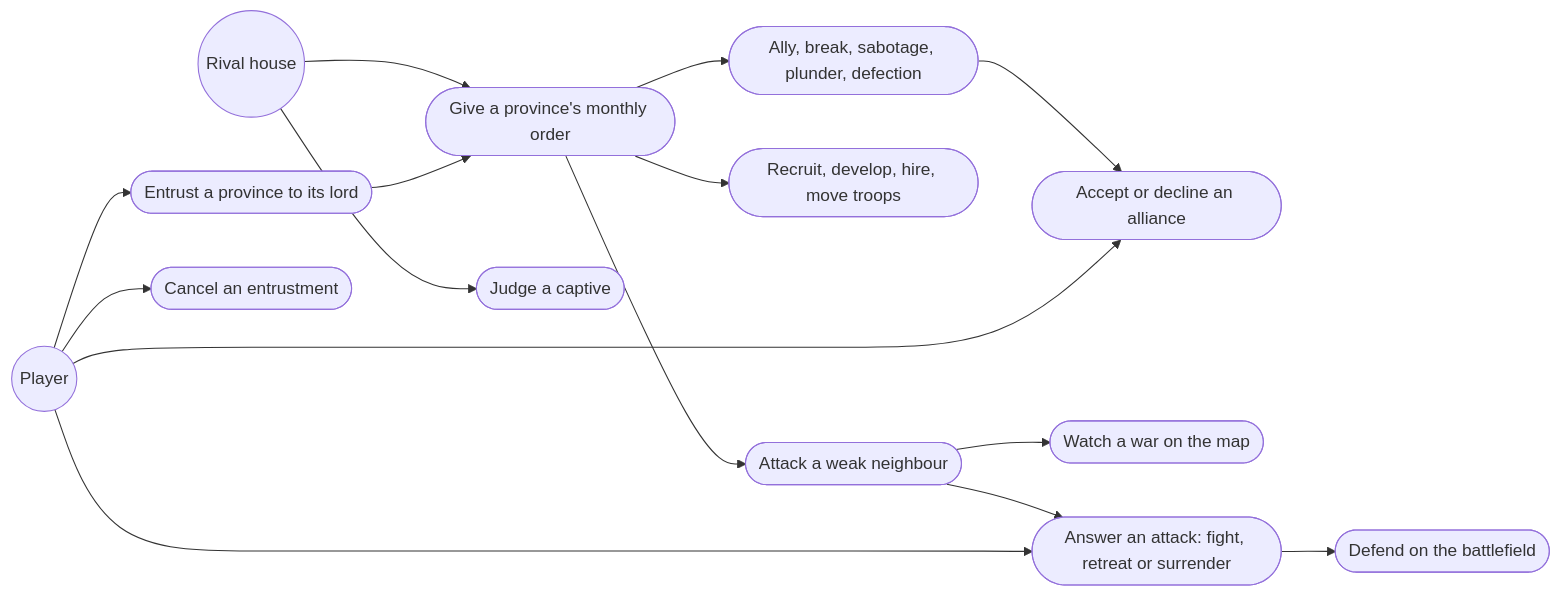
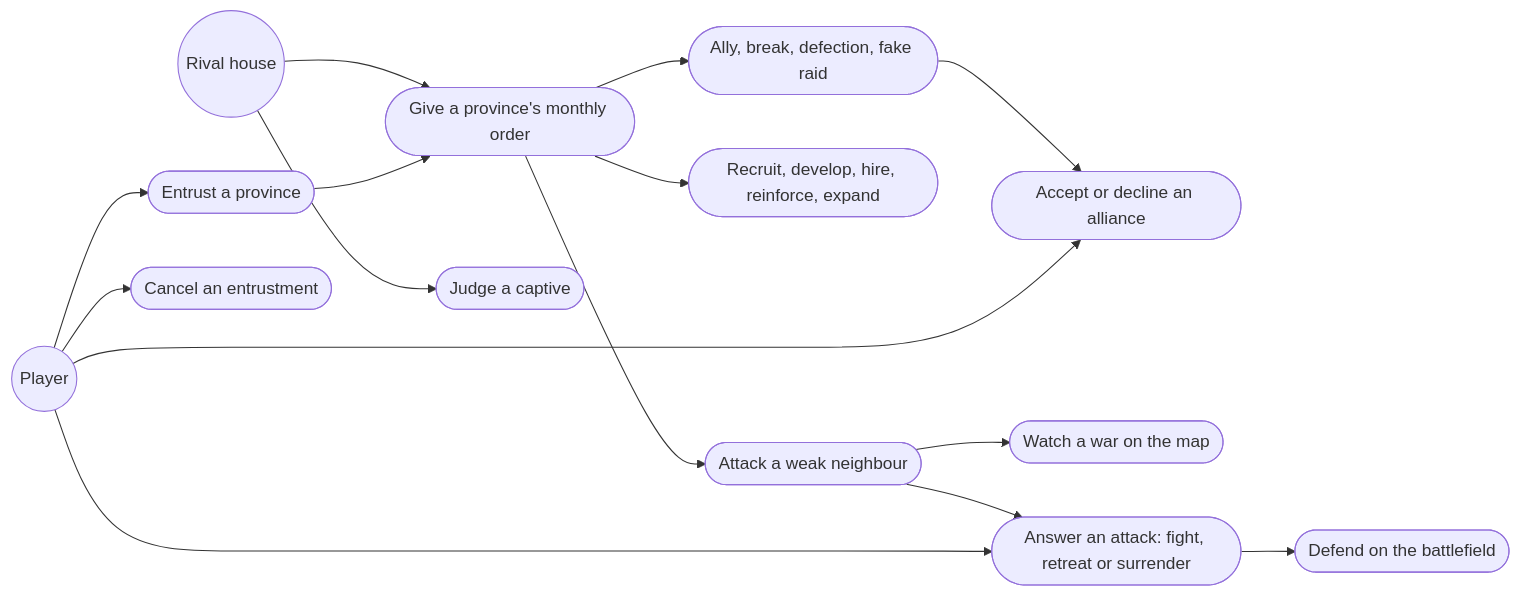
Before and after one commit to pslotinsky/kunstkamera: the first of 4 diagrams in gemstorm/docs/design/12-strategic-ai.md, drawn with Mermaid. The commit also changed other lines of this file and 19 other files, not shown here.

````diff
--- a/gemstorm/docs/design/12-strategic-ai.md
+++ b/gemstorm/docs/design/12-strategic-ai.md
@@ -42,17 +45,17 @@
 ```mermaid
 flowchart LR
   rival((Rival house)) --> order(["Give a province's monthly order"])
   order --> attack(["Attack a weak neighbour"])
-  order --> build(["Recruit, develop, hire, move troops"])
-  order --> diplomacy(["Ally, break, sabotage, plunder, defection"])
+  order --> build(["Recruit, develop, hire, reinforce, expand"])
+  order --> diplomacy(["Ally, break, defection, fake raid"])
   diplomacy --> offer(["Accept or decline an alliance"])
   player --> offer
   rival --> judge(["Judge a captive"])
   attack --> mapwar(["Watch a war on the map"])
   attack --> answer(["Answer an attack: fight, retreat or surrender"])
   player((Player)) --> answer
   answer --> defend(["Defend on the battlefield"])
-  player --> entrust(["Entrust a province to its lord"])
+  player --> entrust(["Entrust a province"])
   player --> cancel(["Cancel an entrustment"])
   entrust --> order
 ```
````
